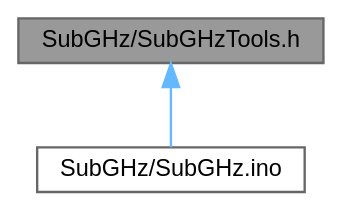
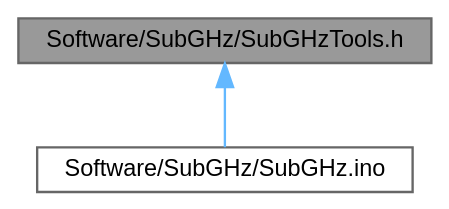
One commit to Jonathan-0101/skeletonKey changed the diagram in SubGHz_2SubGHzTools_8h__dep__incl.dot. Above: the diagram before and after it, drawn with Graphviz. The commit also changed 57 other files, not shown here.

```diff
--- a/SubGHz_2SubGHzTools_8h__dep__incl.dot
+++ b/SubGHz_2SubGHzTools_8h__dep__incl.dot
@@ -1,10 +1,10 @@
-digraph "SubGHz/SubGHzTools.h"
+digraph "Software/SubGHz/SubGHzTools.h"
 {
  // LATEX_PDF_SIZE
   bgcolor="transparent";
   edge [fontname=Helvetica,fontsize=10,labelfontname=Helvetica,labelfontsize=10];
   node [fontname=Helvetica,fontsize=10,shape=box,height=0.2,width=0.4];
-  Node1 [id="Node000001",label="SubGHz/SubGHzTools.h",height=0.2,width=0.4,color="gray40", fillcolor="grey60", style="filled", fontcolor="black",tooltip="Library for Sub-GHz attack tools."];
+  Node1 [id="Node000001",label="Software/SubGHz/SubGHzTools.h",height=0.2,width=0.4,color="gray40", fillcolor="grey60", style="filled", fontcolor="black",tooltip="Library for Sub-GHz attack tools."];
   Node1 -> Node2 [id="edge1_Node000001_Node000002",dir="back",color="steelblue1",style="solid",tooltip=" "];
-  Node2 [id="Node000002",label="SubGHz/SubGHz.ino",height=0.2,width=0.4,color="grey40", fillcolor="white", style="filled",URL="$SubGHz_8ino.html",tooltip="Test program for Sub-GHz attack tools."];
+  Node2 [id="Node000002",label="Software/SubGHz/SubGHz.ino",height=0.2,width=0.4,color="grey40", fillcolor="white", style="filled",URL="$SubGHz_8ino.html",tooltip="Test program for Sub-GHz attack tools."];
 }
```
